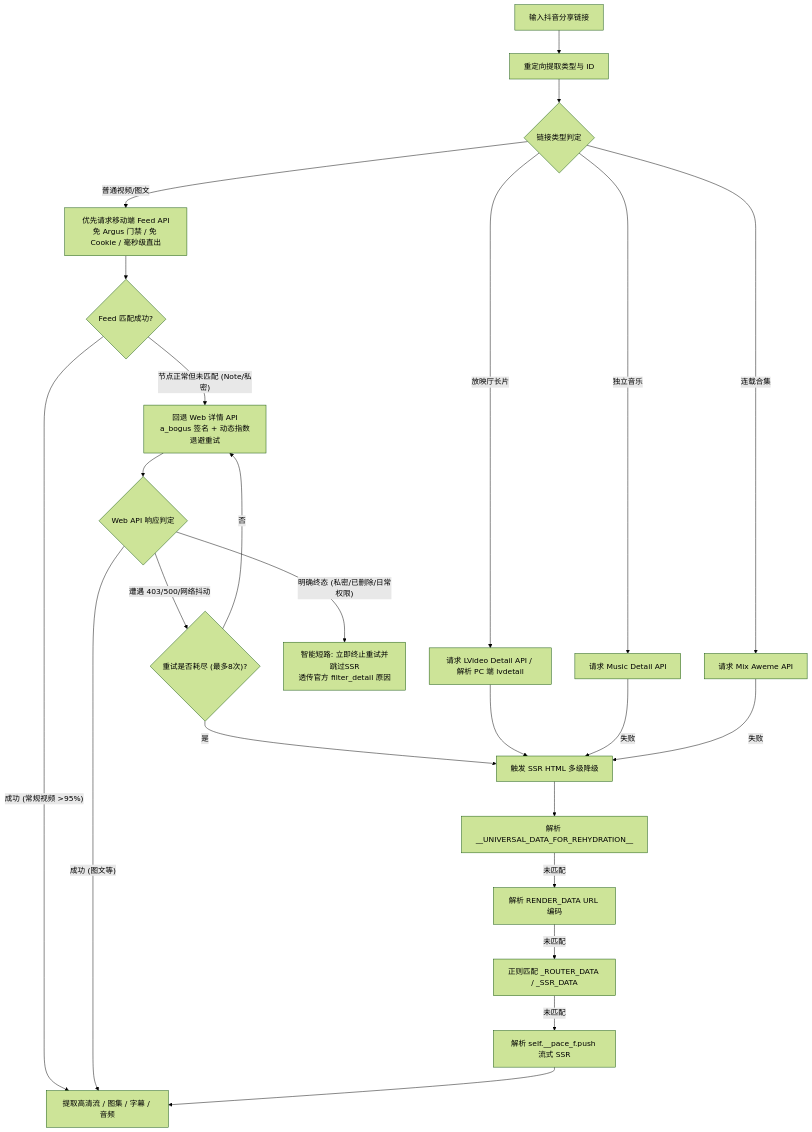
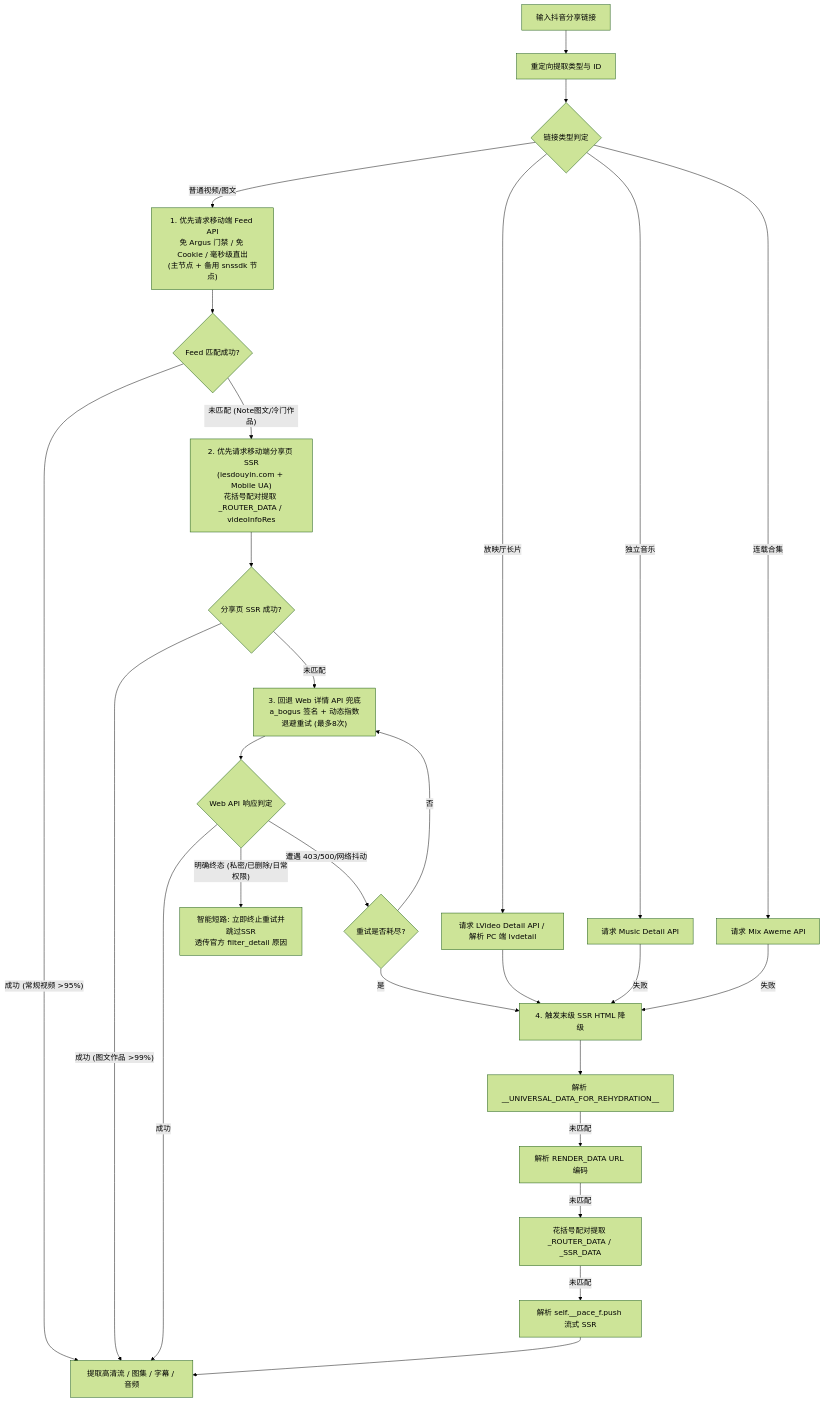
The diagram in docs/parsers/douyin.md (RyLattice/media-parser), drawn with Mermaid (forest theme) before and after one commit. The commit also changed other lines of this file and 3 other files, not shown here.

````diff
--- a/docs/parsers/douyin.md
+++ b/docs/parsers/douyin.md
@@ -43,30 +43,34 @@
 ```mermaid
 flowchart TD
     A["输入抖音分享链接"] --> B["重定向提取类型与 ID"]
     B --> C{"链接类型判定"}
     C -->|"独立音乐"| M1["请求 Music Detail API"]
     C -->|"连载合集"| K1["请求 Mix Aweme API"]
     C -->|"放映厅长片"| L1["请求 LVideo Detail API / 解析 PC 端 lvdetail"]
-    C -->|"普通视频/图文"| F0["优先请求移动端 Feed API<br/>免 Argus 门禁 / 免 Cookie / 毫秒级直出"]
+    C -->|"普通视频/图文"| F0["1. 优先请求移动端 Feed API<br/>免 Argus 门禁 / 免 Cookie / 毫秒级直出<br/>(主节点 + 备用 snssdk 节点)"]
     
     F0 --> F1{"Feed 匹配成功?"}
     F1 -->|"成功 (常规视频 >95%)"| E["提取高清流 / 图集 / 字幕 / 音频"]
-    F1 -->|"节点正常但未匹配 (Note/私密)"| D1["回退 Web 详情 API<br/>a_bogus 签名 + 动态指数退避重试"]
+    F1 -->|"未匹配 (Note图文/冷门作品)"| S0["2. 优先请求移动端分享页 SSR<br/>(iesdouyin.com + Mobile UA)<br/>花括号配对提取 _ROUTER_DATA / videoInfoRes"]
+    
+    S0 --> S1{"分享页 SSR 成功?"}
+    S1 -->|"成功 (图文作品 >99%)"| E
+    S1 -->|"未匹配"| D1["3. 回退 Web 详情 API 兜底<br/>a_bogus 签名 + 动态指数退避重试 (最多8次)"]
     
     D1 --> D2{"Web API 响应判定"}
-    D2 -->|"成功 (图文等)"| E
+    D2 -->|"成功"| E
     D2 -->|"明确终态 (私密/已删除/日常权限)"| H["智能短路: 立即终止重试并跳过SSR<br/>透传官方 filter_detail 原因"]
-    D2 -->|"遭遇 403/500/网络抖动"| D3{"重试是否耗尽 (最多8次)?"}
+    D2 -->|"遭遇 403/500/网络抖动"| D3{"重试是否耗尽?"}
     D3 -->|"否"| D1
-    D3 -->|"是"| F["触发 SSR HTML 多级降级"]
+    D3 -->|"是"| F["4. 触发末级 SSR HTML 降级"]
     
     L1 --> F
     M1 -->|"失败"| F
     K1 -->|"失败"| F
     
     F --> G1["解析 __UNIVERSAL_DATA_FOR_REHYDRATION__"]
     G1 -->|"未匹配"| G2["解析 RENDER_DATA URL 编码"]
-    G2 -->|"未匹配"| G3["正则匹配 _ROUTER_DATA / _SSR_DATA"]
+    G2 -->|"未匹配"| G3["花括号配对提取 _ROUTER_DATA / _SSR_DATA"]
     G3 -->|"未匹配"| G4["解析 self.__pace_f.push 流式 SSR"]
     G4 --> E
 ```
````
